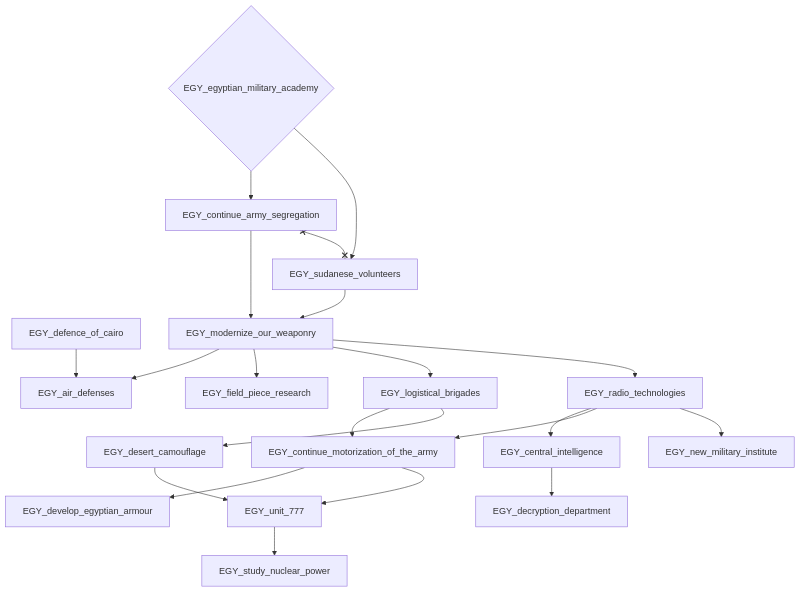
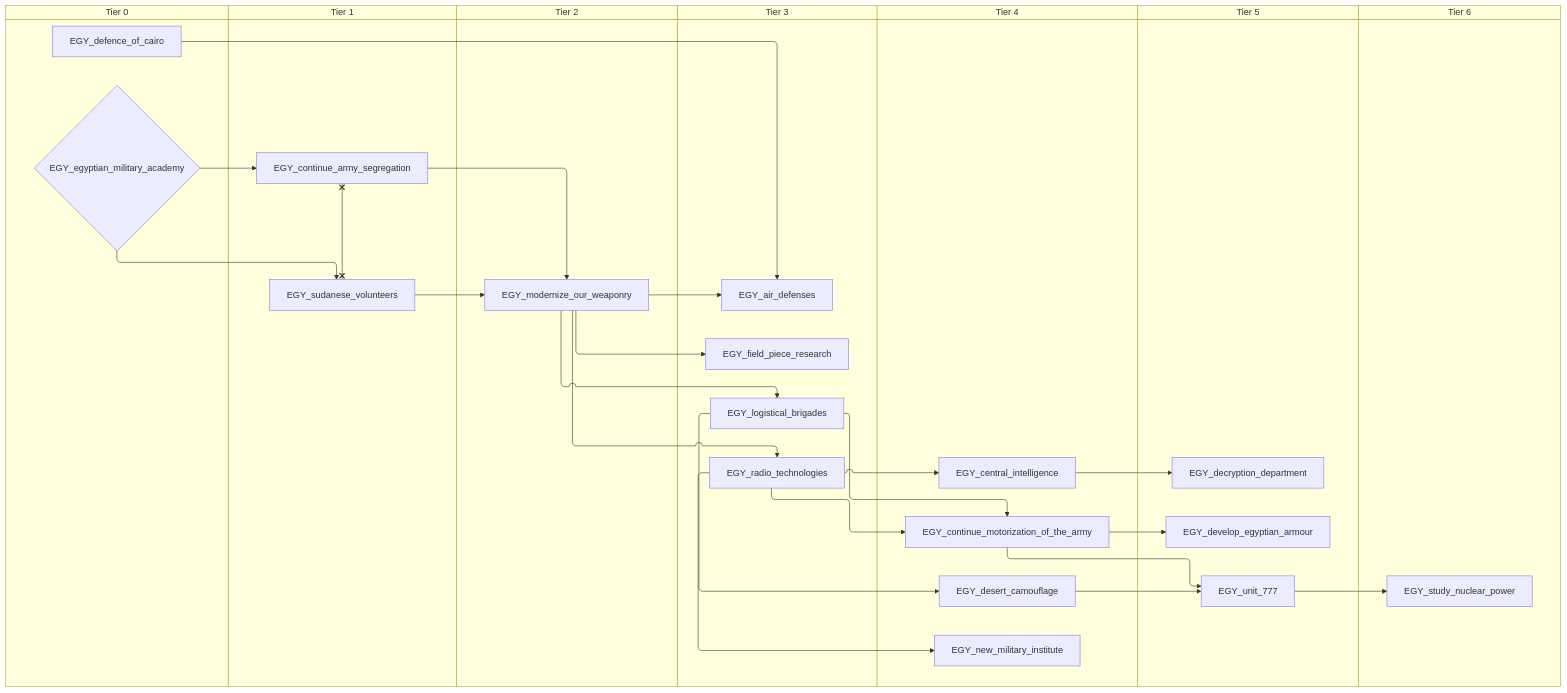
One commit to evgeny-sobol/hoi4-sandbox-mode-r56 changed the fourth of 10 diagrams in docs/gdd/National Focuses/r56/egypt.md. Above: the diagram before and after it, drawn with Mermaid. The commit also changed other lines of this file and 423 other files, not shown here.

First line of the commit message:
Re-export Rt56 focus trees as swimlane diagrams

````diff
--- a/docs/gdd/National Focuses/r56/egypt.md
+++ b/docs/gdd/National Focuses/r56/egypt.md
@@ -65,40 +87,54 @@
 ```mermaid
-flowchart TD
-    n17["EGY_air_defenses"]
-    n18["EGY_central_intelligence"]
-    n19["EGY_continue_army_segregation"]
-    n20["EGY_continue_motorization_of_the_army"]
-    n21["EGY_decryption_department"]
-    n22["EGY_defence_of_cairo"]
-    n23["EGY_desert_camouflage"]
-    n24["EGY_develop_egyptian_armour"]
-    n25{"EGY_egyptian_military_academy"}
-    n26["EGY_field_piece_research"]
-    n27["EGY_logistical_brigades"]
-    n28["EGY_modernize_our_weaponry"]
-    n29["EGY_new_military_institute"]
-    n30["EGY_radio_technologies"]
-    n31["EGY_study_nuclear_power"]
-    n32["EGY_sudanese_volunteers"]
-    n33["EGY_unit_777"]
-    n22 --> n17
-    n28 --> n17
-    n30 --> n18
-    n25 --> n19
-    n27 --> n20
-    n30 --> n20
-    n18 --> n21
-    n27 --> n23
-    n20 --> n24
-    n28 --> n26
-    n28 --> n27
-    n19 --> n28
-    n32 --> n28
-    n30 --> n29
-    n28 --> n30
-    n33 --> n31
-    n25 --> n32
-    n23 --> n33
-    n20 --> n33
-    n19 x--x n32
+swimlane-beta TD
+    subgraph tier_0["Tier 0"]
+        n17["EGY_defence_of_cairo"]
+        n18{"EGY_egyptian_military_academy"}
+    end
+    subgraph tier_1["Tier 1"]
+        n19["EGY_continue_army_segregation"]
+        n20["EGY_sudanese_volunteers"]
+    end
+    subgraph tier_2["Tier 2"]
+        n21["EGY_modernize_our_weaponry"]
+    end
+    subgraph tier_3["Tier 3"]
+        n22["EGY_air_defenses"]
+        n23["EGY_field_piece_research"]
+        n24["EGY_logistical_brigades"]
+        n25["EGY_radio_technologies"]
+    end
+    subgraph tier_4["Tier 4"]
+        n26["EGY_central_intelligence"]
+        n27["EGY_continue_motorization_of_the_army"]
+        n28["EGY_desert_camouflage"]
+        n29["EGY_new_military_institute"]
+    end
+    subgraph tier_5["Tier 5"]
+        n30["EGY_decryption_department"]
+        n31["EGY_develop_egyptian_armour"]
+        n32["EGY_unit_777"]
+    end
+    subgraph tier_6["Tier 6"]
+        n33["EGY_study_nuclear_power"]
+    end
+    n17 --> n22
+    n21 --> n22
+    n25 --> n26
+    n18 --> n19
+    n24 --> n27
+    n25 --> n27
+    n26 --> n30
+    n24 --> n28
+    n27 --> n31
+    n21 --> n23
+    n21 --> n24
+    n19 --> n21
+    n20 --> n21
+    n25 --> n29
+    n21 --> n25
+    n32 --> n33
+    n18 --> n20
+    n28 --> n32
+    n27 --> n32
+    n19 x--x n20
 ```
````
